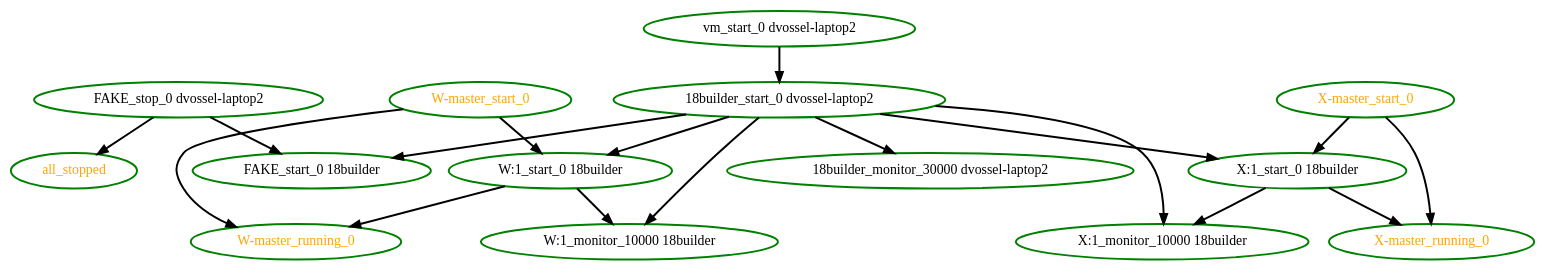
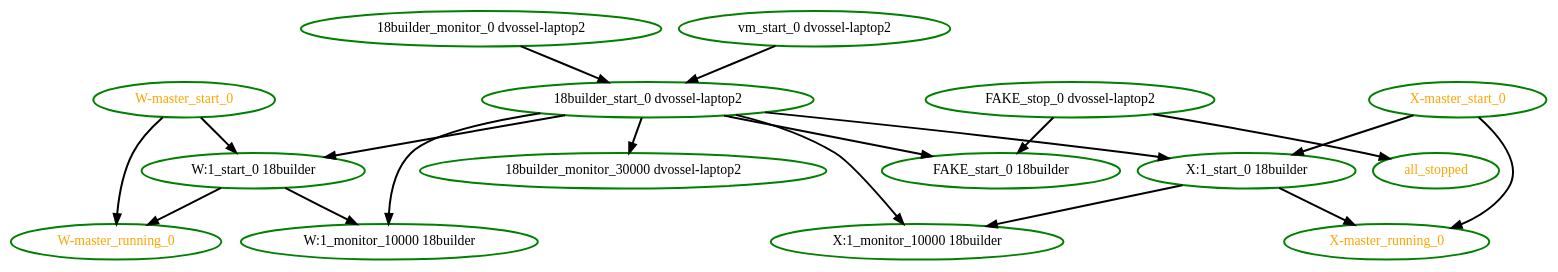
One commit to ClusterLabs/pacemaker changed the diagram in pengine/test10/whitebox-fail3.dot. Above: the diagram before and after it, drawn with Graphviz. The commit also changed 23 other files, not shown here.

```diff
--- a/pengine/test10/whitebox-fail3.dot
+++ b/pengine/test10/whitebox-fail3.dot
@@ -1,33 +1,35 @@
 digraph "g" {
+"18builder_monitor_0 dvossel-laptop2" -> "18builder_start_0 dvossel-laptop2" [ style = bold]
+"18builder_monitor_0 dvossel-laptop2" [ style=bold color="green" fontcolor="black"]
 "18builder_monitor_30000 dvossel-laptop2" [ style=bold color="green" fontcolor="black"]
 "18builder_start_0 dvossel-laptop2" -> "18builder_monitor_30000 dvossel-laptop2" [ style = bold]
 "18builder_start_0 dvossel-laptop2" -> "FAKE_start_0 18builder" [ style = bold]
 "18builder_start_0 dvossel-laptop2" -> "W:1_monitor_10000 18builder" [ style = bold]
 "18builder_start_0 dvossel-laptop2" -> "W:1_start_0 18builder" [ style = bold]
 "18builder_start_0 dvossel-laptop2" -> "X:1_monitor_10000 18builder" [ style = bold]
 "18builder_start_0 dvossel-laptop2" -> "X:1_start_0 18builder" [ style = bold]
 "18builder_start_0 dvossel-laptop2" [ style=bold color="green" fontcolor="black"]
 "FAKE_start_0 18builder" [ style=bold color="green" fontcolor="black"]
 "FAKE_stop_0 dvossel-laptop2" -> "FAKE_start_0 18builder" [ style = bold]
 "FAKE_stop_0 dvossel-laptop2" -> "all_stopped" [ style = bold]
 "FAKE_stop_0 dvossel-laptop2" [ style=bold color="green" fontcolor="black"]
 "W-master_running_0" [ style=bold color="green" fontcolor="orange"]
 "W-master_start_0" -> "W-master_running_0" [ style = bold]
 "W-master_start_0" -> "W:1_start_0 18builder" [ style = bold]
 "W-master_start_0" [ style=bold color="green" fontcolor="orange"]
 "W:1_monitor_10000 18builder" [ style=bold color="green" fontcolor="black"]
 "W:1_start_0 18builder" -> "W-master_running_0" [ style = bold]
 "W:1_start_0 18builder" -> "W:1_monitor_10000 18builder" [ style = bold]
 "W:1_start_0 18builder" [ style=bold color="green" fontcolor="black"]
 "X-master_running_0" [ style=bold color="green" fontcolor="orange"]
 "X-master_start_0" -> "X-master_running_0" [ style = bold]
 "X-master_start_0" -> "X:1_start_0 18builder" [ style = bold]
 "X-master_start_0" [ style=bold color="green" fontcolor="orange"]
 "X:1_monitor_10000 18builder" [ style=bold color="green" fontcolor="black"]
 "X:1_start_0 18builder" -> "X-master_running_0" [ style = bold]
 "X:1_start_0 18builder" -> "X:1_monitor_10000 18builder" [ style = bold]
 "X:1_start_0 18builder" [ style=bold color="green" fontcolor="black"]
 "all_stopped" [ style=bold color="green" fontcolor="orange"]
 "vm_start_0 dvossel-laptop2" -> "18builder_start_0 dvossel-laptop2" [ style = bold]
 "vm_start_0 dvossel-laptop2" [ style=bold color="green" fontcolor="black"]
 }
```
